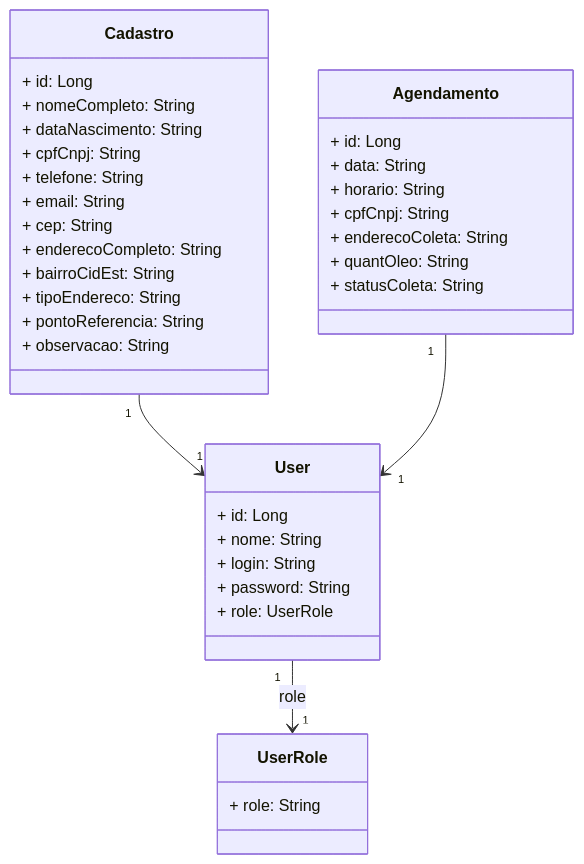
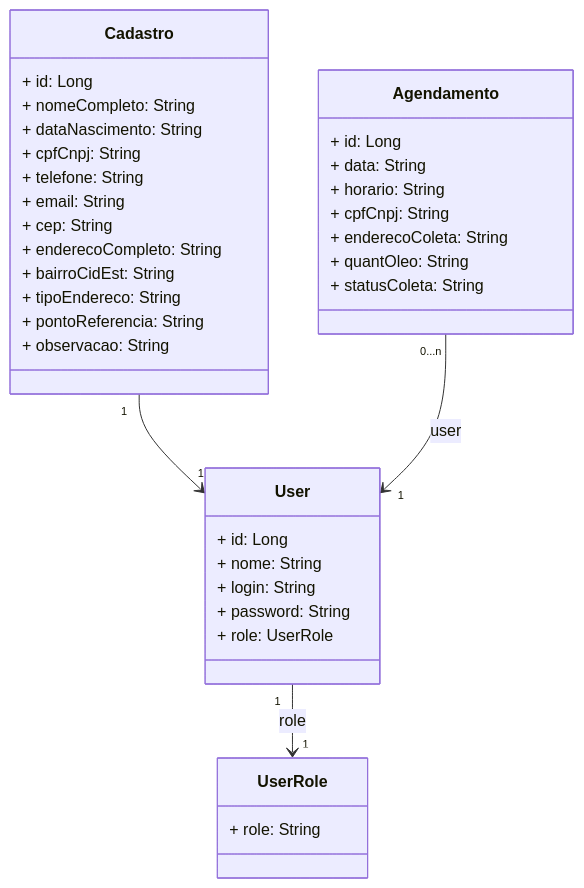
One commit to Luzielmalu/Projeto-final-AcademiaUFN-EcoSist changed the diagram in README.md. Above: the diagram before and after it, drawn with Mermaid.

````diff
--- a/README.md
+++ b/README.md
@@ -43,43 +43,43 @@
 ```mermaid
 classDiagram
     class User {
         + id: Long
         + nome: String
         + login: String
         + password: String
         + role: UserRole
     }
 
     class Cadastro {
         + id: Long
         + nomeCompleto: String
         + dataNascimento: String
         + cpfCnpj: String
         + telefone: String
         + email: String
         + cep: String
         + enderecoCompleto: String
         + bairroCidEst: String
         + tipoEndereco: String
         + pontoReferencia: String
         + observacao: String
     }
 
     class Agendamento {
         + id: Long
         + data: String
         + horario: String
         + cpfCnpj: String
         + enderecoColeta: String
         + quantOleo: String
         + statusColeta: String
     }
 
     class UserRole {
         + role: String
     }
 
     User "1" --> "1" UserRole : role
     Cadastro "1" --> "1" User
-    Agendamento "1" --> "1" User
+    Agendamento "0...n" --> "1" User: user
    ```
````
